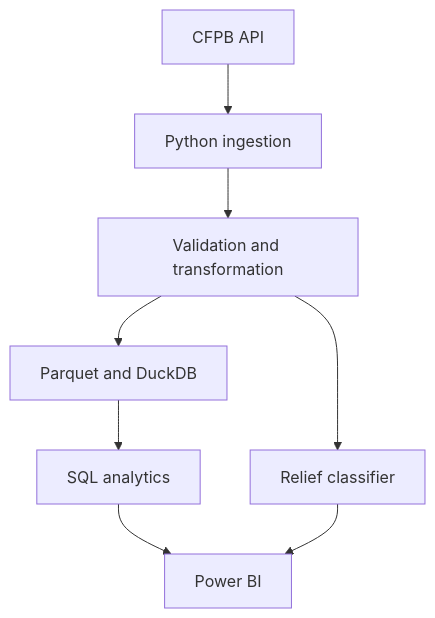
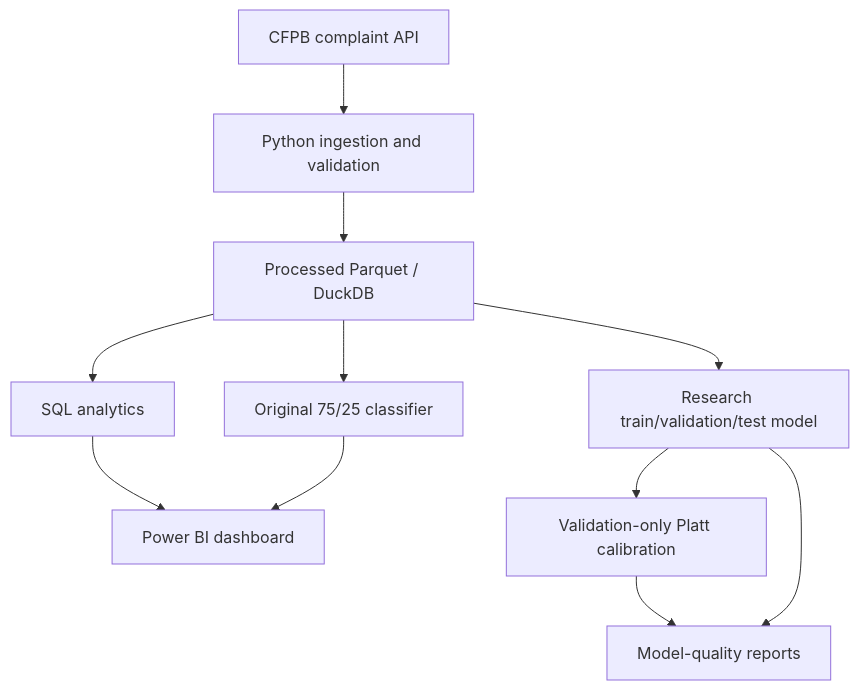
One commit to RishiRatnakarData/consumer-complaint-intelligence changed the diagram in README.md. Above: the diagram before and after it, drawn with Mermaid. The commit also changed other lines of this file and 35 other files, not shown here.

Commit message:
Enhance CFPB model evaluation, calibration, validation, and research documentation

````diff
--- a/README.md
+++ b/README.md
@@ -33,10 +84,13 @@
 ```mermaid
 flowchart TD
-    A[CFPB API] --> B[Python ingestion]
-    B --> C[Validation and transformation]
-    C --> D[Parquet and DuckDB]
-    D --> E[SQL analytics]
-    C --> F[Relief classifier]
-    E --> G[Power BI]
-    F --> G
+    A[CFPB complaint API] --> B[Python ingestion and validation]
+    B --> C[Processed Parquet / DuckDB]
+    C --> D[SQL analytics]
+    C --> E[Original 75/25 classifier]
+    C --> F[Research train/validation/test model]
+    F --> G[Validation-only Platt calibration]
+    F --> H[Model-quality reports]
+    G --> H
+    D --> I[Power BI dashboard]
+    E --> I
 ```
````
